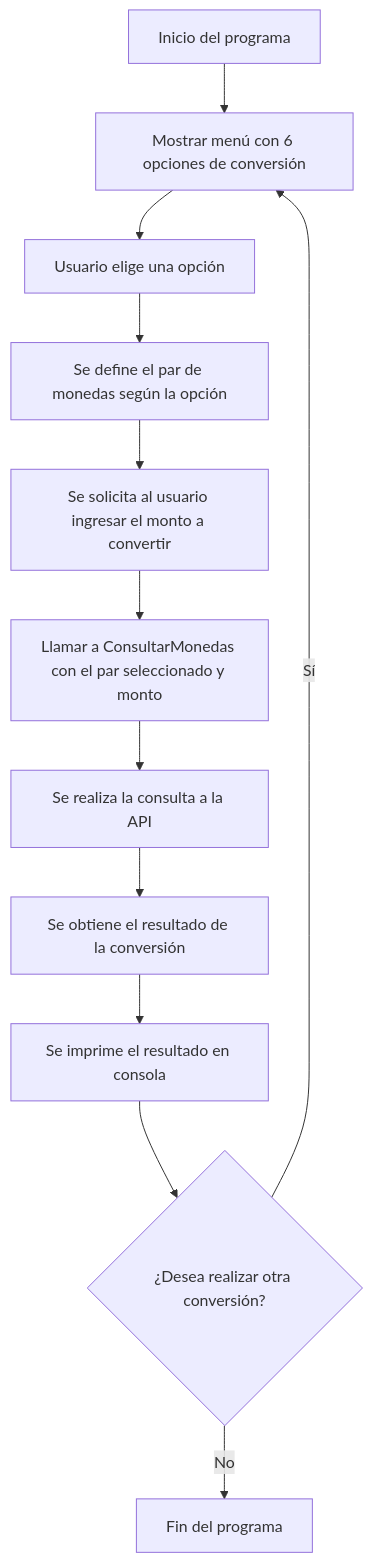
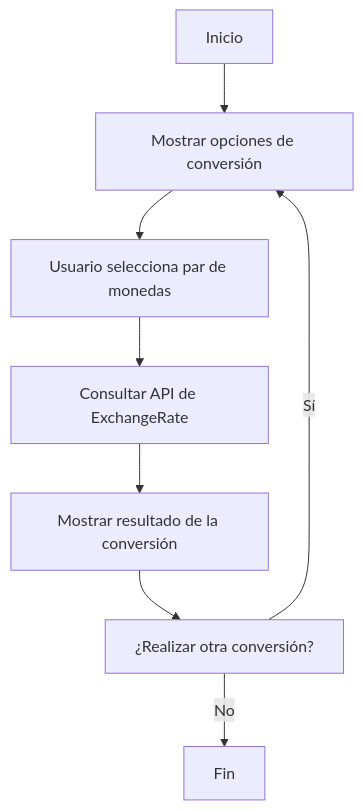
The diagram in README.md (ElianaMendez/Conversor-De-Monedas), drawn with Mermaid before and after one commit. The commit also changed other lines of this file, not shown here.

````diff
--- a/README.md
+++ b/README.md
@@ -45,14 +79,10 @@
 ```mermaid
-flowchart TD
-    A[Inicio del programa] --> B[Mostrar menú con 6 opciones de conversión]
-    B --> C[Usuario elige una opción]
-    C --> D[Se define el par de monedas según la opción]
-    D --> E[Se solicita al usuario ingresar el monto a convertir]
-    E --> F[Llamar a ConsultarMonedas con el par seleccionado y monto]
-    F --> G[Se realiza la consulta a la API]
-    G --> H[Se obtiene el resultado de la conversión]
-    H --> I[Se imprime el resultado en consola]
-    I --> J{¿Desea realizar otra conversión?}
-    J -- Sí --> B
-    J -- No --> K[Fin del programa]
+graph TD
+A[Inicio] --> B[Mostrar opciones de conversión]
+B --> C[Usuario selecciona par de monedas]
+C --> D[Consultar API de ExchangeRate]
+D --> E[Mostrar resultado de la conversión]
+E --> F[¿Realizar otra conversión?]
+F -- Sí --> B
+F -- No --> G[Fin]
 ```
````
